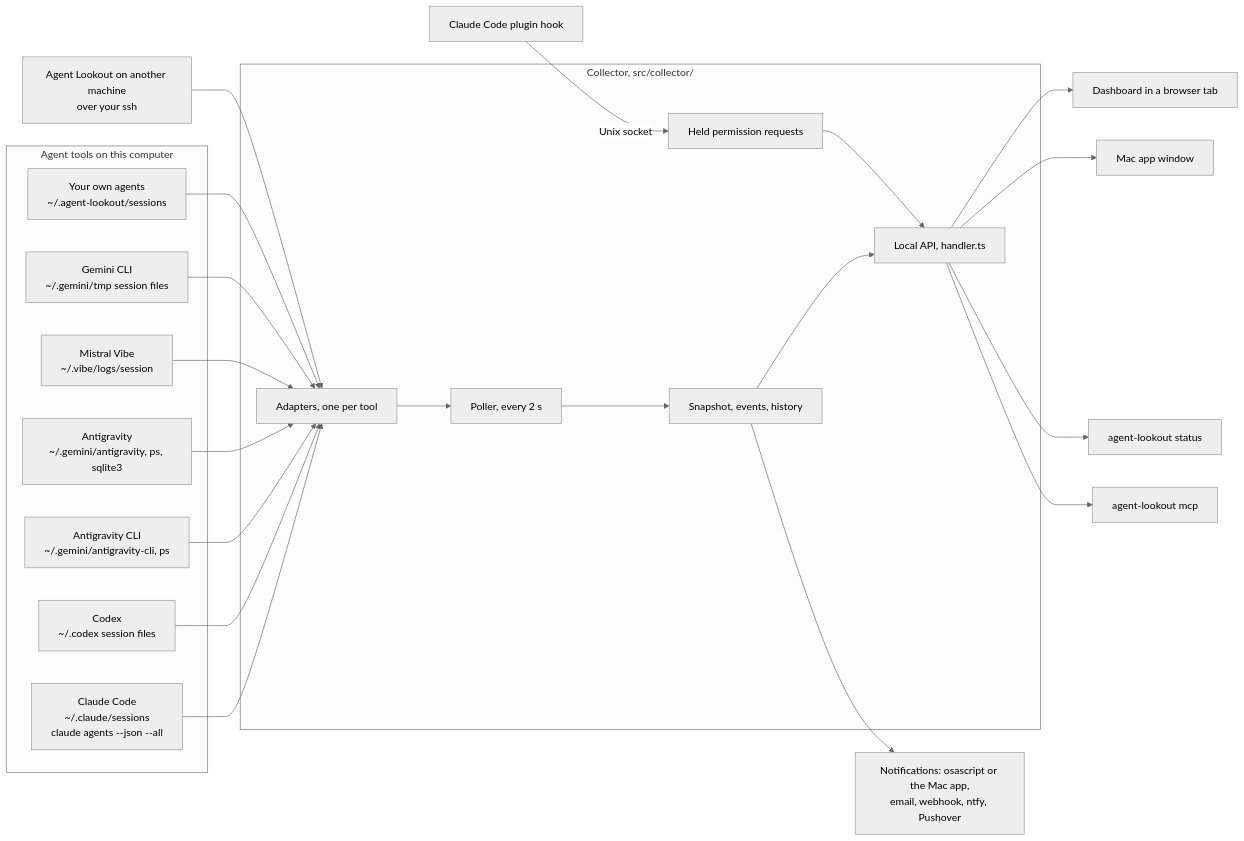
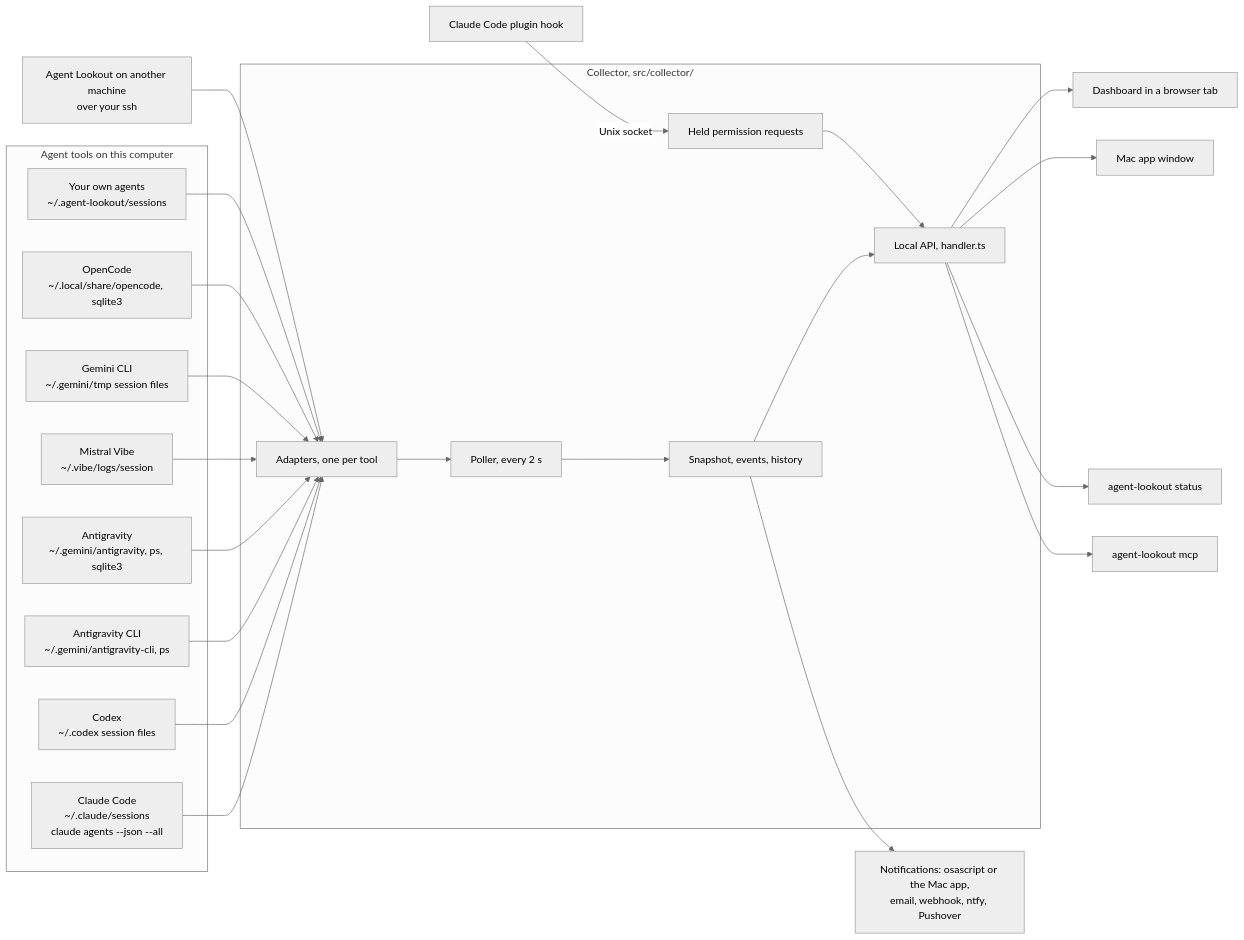
One commit to Olanetsoft/agent-lookout changed the first of 4 diagrams in docs/TOUR.md. Above: the diagram before and after it, drawn with Mermaid (neutral theme). The commit also changed other lines of this file and 58 other files, not shown here.

First line of the commit message:
Add OpenCode as a source: its sessions, read-only, from its database

````diff
--- a/docs/TOUR.md
+++ b/docs/TOUR.md
@@ -29,37 +29,39 @@
 ```mermaid
 flowchart LR
   subgraph tools["Agent tools on this computer"]
     cc["Claude Code<br/>~/.claude/sessions<br/>claude agents --json --all"]
     cx["Codex<br/>~/.codex session files"]
     ag["Antigravity CLI<br/>~/.gemini/antigravity-cli, ps"]
     aa["Antigravity<br/>~/.gemini/antigravity, ps, sqlite3"]
     mv["Mistral Vibe<br/>~/.vibe/logs/session"]
     gc["Gemini CLI<br/>~/.gemini/tmp session files"]
+    oc["OpenCode<br/>~/.local/share/opencode, sqlite3"]
     sf["Your own agents<br/>~/.agent-lookout/sessions"]
   end
   remote["Agent Lookout on another machine<br/>over your ssh"]
   plugin["Claude Code plugin hook"]
   subgraph collector["Collector, src/collector/"]
     adapters["Adapters, one per tool"]
     poller["Poller, every 2 s"]
     snap["Snapshot, events, history"]
     api["Local API, handler.ts"]
     held["Held permission requests"]
   end
   cc --> adapters
   cx --> adapters
   ag --> adapters
   aa --> adapters
   mv --> adapters
   gc --> adapters
+  oc --> adapters
   sf --> adapters
   remote --> adapters
   plugin -->|"Unix socket"| held
   adapters --> poller --> snap --> api
   held --> api
   api --> page["Dashboard in a browser tab"]
   api --> mac["Mac app window"]
   api --> status["agent-lookout status"]
   api --> mcp["agent-lookout mcp"]
   snap --> channels["Notifications: osascript or the Mac app,<br/>email, webhook, ntfy, Pushover"]
 ```
````
